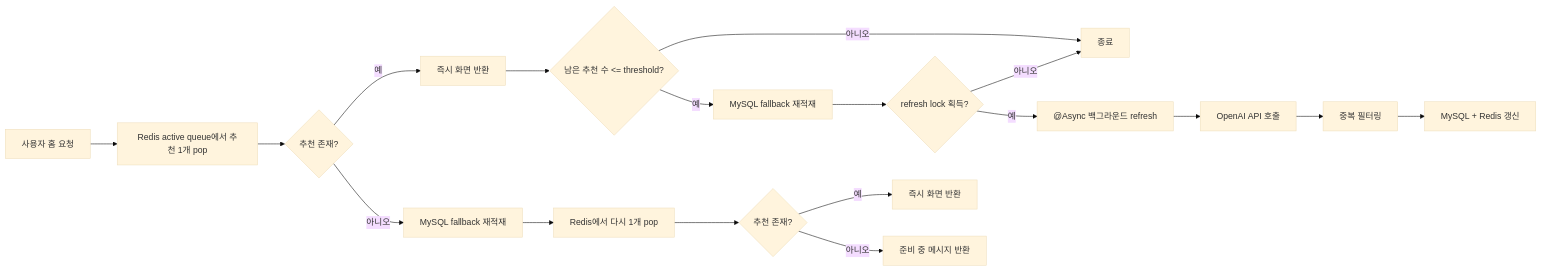
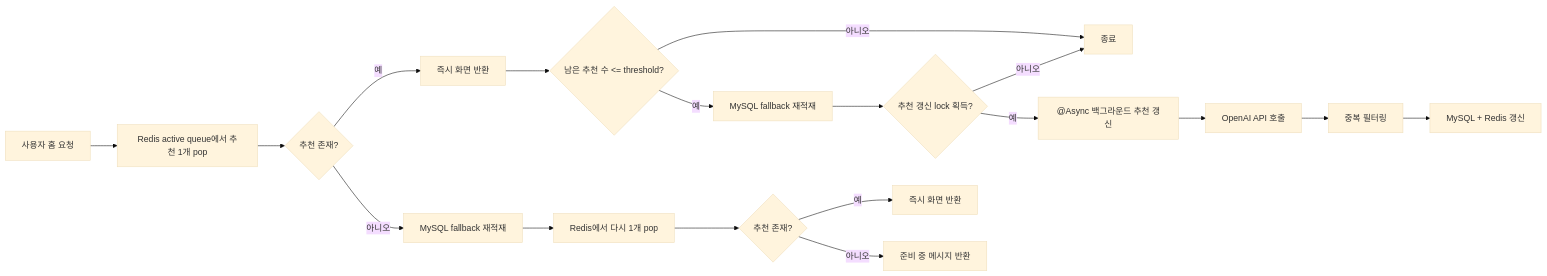
Before and after one commit to high-five-algoy/Algoy-Web: the second of 2 diagrams in README.md, drawn with Mermaid (base theme). The commit also changed other lines of this file, not shown here.

````diff
--- a/README.md
+++ b/README.md
@@ -98,23 +157,23 @@
 ```mermaid
 flowchart LR
     A["사용자 홈 요청"] --> B["Redis active queue에서 추천 1개 pop"]
     B --> C{"추천 존재?"}
 
     C -- "예" --> D["즉시 화면 반환"]
     D --> E{"남은 추천 수 <= threshold?"}
     E -- "아니오" --> F["종료"]
     E -- "예" --> G["MySQL fallback 재적재"]
-    G --> H{"refresh lock 획득?"}
+    G --> H{"추천 갱신 lock 획득?"}
     H -- "아니오" --> F
-    H -- "예" --> I["@Async 백그라운드 refresh"]
+    H -- "예" --> I["@Async 백그라운드 추천 갱신"]
 
     C -- "아니오" --> J["MySQL fallback 재적재"]
     J --> K["Redis에서 다시 1개 pop"]
     K --> L{"추천 존재?"}
     L -- "예" --> M["즉시 화면 반환"]
     L -- "아니오" --> N["준비 중 메시지 반환"]
 
     I --> O["OpenAI API 호출"]
     O --> P["중복 필터링"]
     P --> Q["MySQL + Redis 갱신"]
 ```
````
